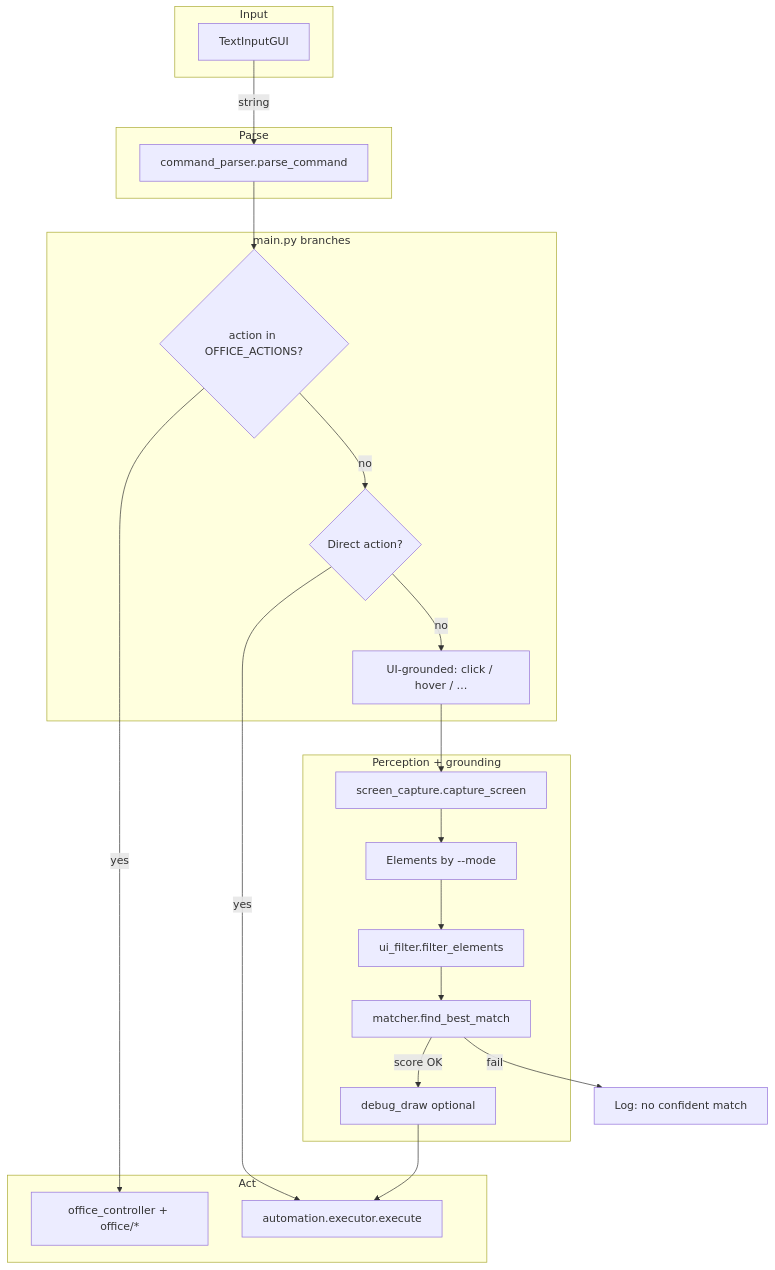
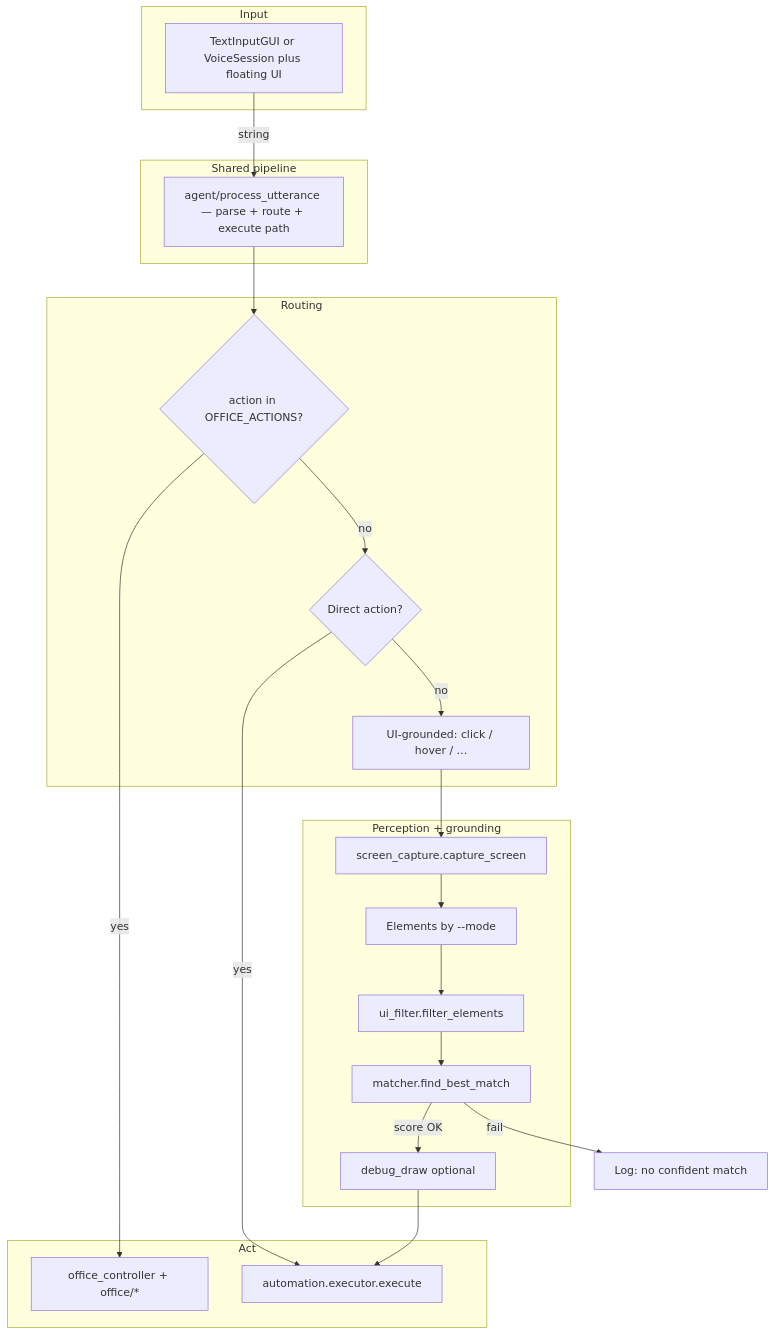
Before and after one commit to sumin-ma-1/voice-ui: the diagram in README.md, drawn with Mermaid. The commit also changed other lines of this file and 9 other files, not shown here.

````diff
--- a/README.md
+++ b/README.md
@@ -9,39 +11,39 @@
 ```mermaid
 flowchart TD
     subgraph in [Input]
-        GUI[TextInputGUI]
+        IN[TextInputGUI or VoiceSession plus floating UI]
     end
 
-    subgraph parse [Parse]
-        PC[command_parser.parse_command]
+    subgraph core [Shared pipeline]
+        PU[agent/process_utterance — parse + route + execute path]
     end
 
-    subgraph route [main.py branches]
+    subgraph route [Routing]
         O{action in OFFICE_ACTIONS?}
         D{Direct action?}
         G[UI-grounded: click / hover / …]
     end
 
     subgraph ground [Perception + grounding]
         CAP[screen_capture.capture_screen]
         EXT[Elements by --mode]
         FLT[ui_filter.filter_elements]
         MAT[matcher.find_best_match]
         DBG[debug_draw optional]
     end
 
     subgraph out [Act]
         OC[office_controller + office/*]
         EX[automation.executor.execute]
     end
 
-    GUI -->|string| PC
-    PC --> O
+    IN -->|string| PU
+    PU --> O
     O -->|yes| OC
     O -->|no| D
     D -->|yes| EX
     D -->|no| G
     G --> CAP --> EXT --> FLT --> MAT
     MAT -->|score OK| DBG --> EX
     MAT -->|fail| NM[Log: no confident match]
 ```
````
